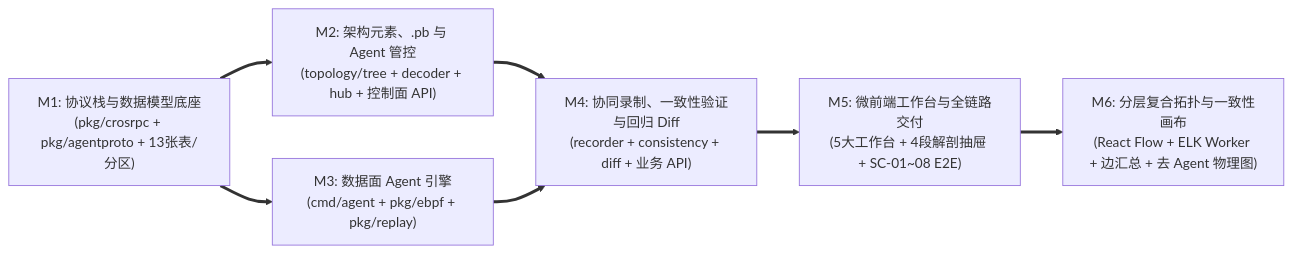
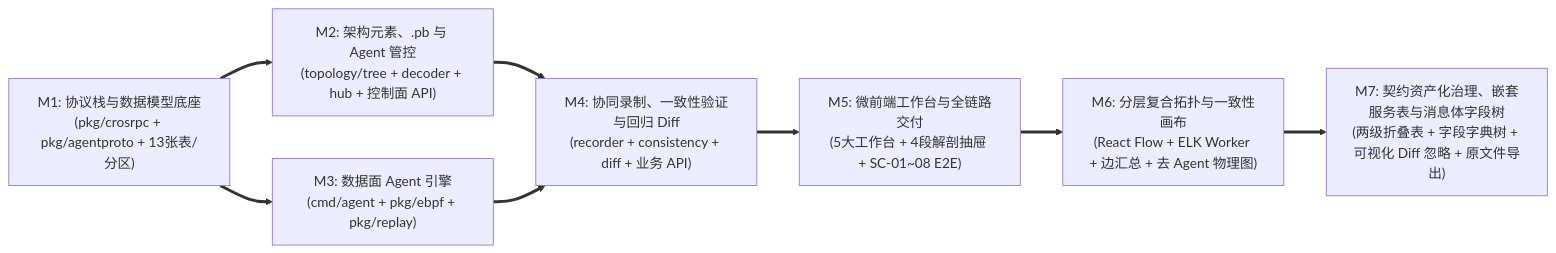
Before and after one commit to fugui/code-traefik: the diagram in docs/04-tasks/01-roadmap.md, drawn with Mermaid. The commit also changed other lines of this file and 8 other files, not shown here.

````diff
--- a/docs/04-tasks/01-roadmap.md
+++ b/docs/04-tasks/01-roadmap.md
@@ -26,16 +26,18 @@
 ```mermaid
 flowchart LR
     M1["M1: 协议栈与数据模型底座<br/>(pkg/crosrpc + pkg/agentproto + 13张表/分区)"]
     M2["M2: 架构元素、.pb 与 Agent 管控<br/>(topology/tree + decoder + hub + 控制面 API)"]
     M3["M3: 数据面 Agent 引擎<br/>(cmd/agent + pkg/ebpf + pkg/replay)"]
     M4["M4: 协同录制、一致性验证与回归 Diff<br/>(recorder + consistency + diff + 业务 API)"]
     M5["M5: 微前端工作台与全链路交付<br/>(5大工作台 + 4段解剖抽屉 + SC-01~08 E2E)"]
 
     M1 ==> M2
     M1 ==> M3
     M2 ==> M4
     M3 ==> M4
     M4 ==> M5
     M5 ==> M6
+    M6 ==> M7
     M6["M6: 分层复合拓扑与一致性画布<br/>(React Flow + ELK Worker + 边汇总 + 去 Agent 物理图)"]
+    M7["M7: 契约资产化治理、嵌套服务表与消息体字段树<br/>(两级折叠表 + 字段字典树 + 可视化 Diff 忽略 + 原文件导出)"]
 ```
````
